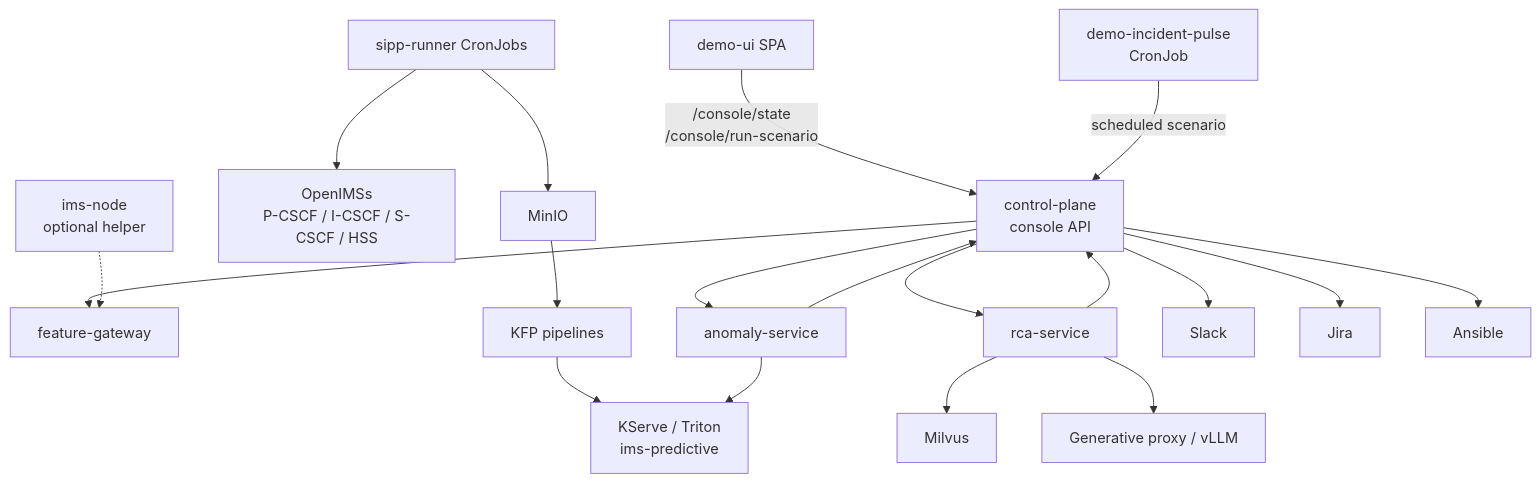
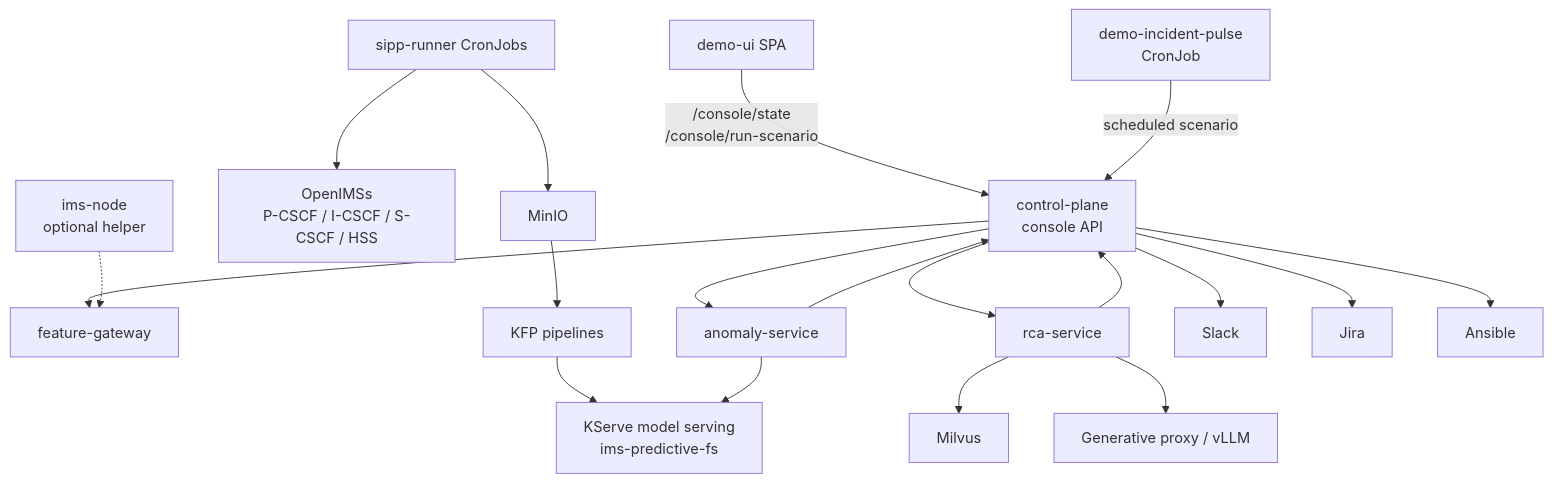
Before and after one commit to rh-telco-tigers/Autonomous-Network-Intelligence-Anomaly-Detection-with-Red-Hat-OpenShift-AI: the second of 6 diagrams in docs/architecture/engineering-spec.md, drawn with Mermaid. The commit also changed other lines of this file and 51 other files, not shown here.

````diff
--- a/docs/architecture/engineering-spec.md
+++ b/docs/architecture/engineering-spec.md
@@ -115,47 +115,47 @@
 ```mermaid
 flowchart TD
   UI["demo-ui SPA"]
   Pulse["demo-incident-pulse<br/>CronJob"]
   CP["control-plane<br/>console API"]
   FG["feature-gateway"]
   AN["anomaly-service"]
   RCA["rca-service"]
 
   SIPP["sipp-runner CronJobs"]
   IMS["OpenIMSs<br/>P-CSCF / I-CSCF / S-CSCF / HSS"]
   IMSNODE["ims-node<br/>optional helper"]
 
   MinIO["MinIO"]
   KFP["KFP pipelines"]
-  KServe["KServe / Triton<br/>ims-predictive"]
+  KServe["KServe model serving<br/>ims-predictive-fs"]
 
   Milvus["Milvus"]
   LLM["Generative proxy / vLLM"]
 
   Slack["Slack"]
   Jira["Jira"]
   Ansible["Ansible"]
 
   UI -->|/console/state<br/>/console/run-scenario| CP
   Pulse -->|scheduled scenario| CP
   CP --> FG
   CP --> AN
   CP --> RCA
 
   SIPP --> IMS
   IMSNODE -.-> FG
 
   SIPP --> MinIO
   MinIO --> KFP
   KFP --> KServe
   AN --> KServe
 
   AN --> CP
   RCA --> Milvus
   RCA --> LLM
   RCA --> CP
 
   CP --> Slack
   CP --> Jira
   CP --> Ansible
 ```
````
